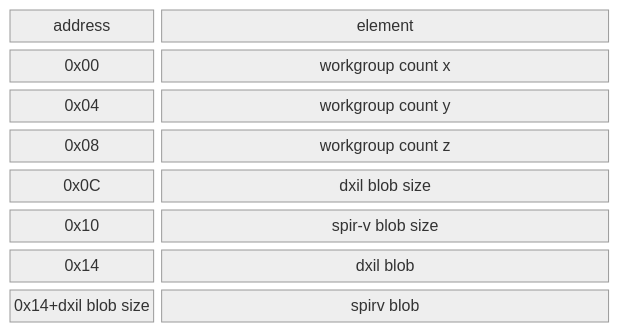
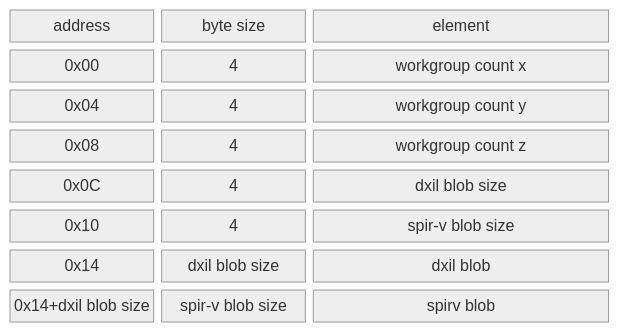
One commit to rtryan98/rhi changed the diagram in README.md. Above: the diagram before and after it, drawn with Mermaid (neutral theme).

Commit message:
specify size in format documentation

````diff
--- a/README.md
+++ b/README.md
@@ -98,12 +98,12 @@
 ```mermaid
 block-beta
     columns 4
-    _header["address"]:1 header["element"]:3
-    _a["0x00"]:1 a["workgroup count x"]:3
-    _b["0x04"]:1 b["workgroup count y"]:3
-    _c["0x08"]:1 c["workgroup count z"]:3
-    _d["0x0C"]:1 d["dxil blob size"]:3
-    _e["0x10"]:1 e["spir-v blob size"]:3
-    _f["0x14"]:1 f["dxil blob"]:3
-    _g["0x14+dxil blob size"]:1 g["spirv blob"]:3
+    __header["address"]:1 _header["byte size"]:1 header["element"]:2
+    __a["0x00"]:1 _a["4"]:1 a["workgroup count x"]:2
+    __b["0x04"]:1 _b["4"]:1 b["workgroup count y"]:2
+    __c["0x08"]:1 _c["4"]:1 c["workgroup count z"]:2
+    __d["0x0C"]:1 _d["4"]:1 d["dxil blob size"]:2
+    __e["0x10"]:1 _e["4"]:1 e["spir-v blob size"]:2
+    __f["0x14"]:1 _f["dxil blob size"]:1 f["dxil blob"]:2
+    __g["0x14+dxil blob size"]:1 _g["spir-v blob size"]:1 g["spirv blob"]:2
 ```
````
